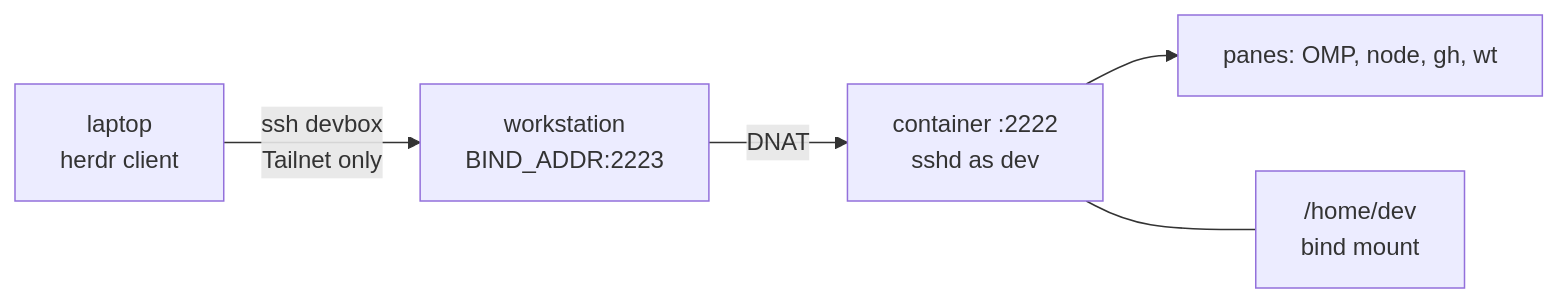
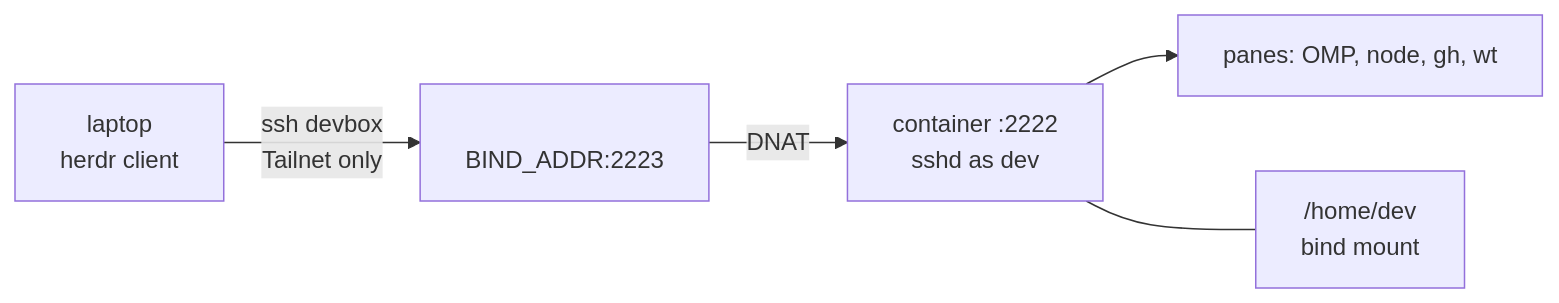
Before and after one commit to rozsival/devbox: the diagram in README.md, drawn with Mermaid. The commit also changed other lines of this file and 37 other files, not shown here.

````diff
--- a/README.md
+++ b/README.md
@@ -21,7 +21,7 @@
 ```mermaid
 flowchart LR
-  L["laptop<br/>herdr client"] -->|" ssh devbox<br/>Tailnet only "| H["workstation<br/>BIND_ADDR:2223"]
+  L["laptop<br/>herdr client"] -->|" ssh devbox<br/>Tailnet only "| H["<workstation><br/>BIND_ADDR:2223"]
   H -->|" DNAT "| C["container :2222<br/>sshd as dev"]
   C --> P["panes: OMP, node, gh, wt"]
   C --- V["/home/dev<br/>bind mount"]
 ```
````
